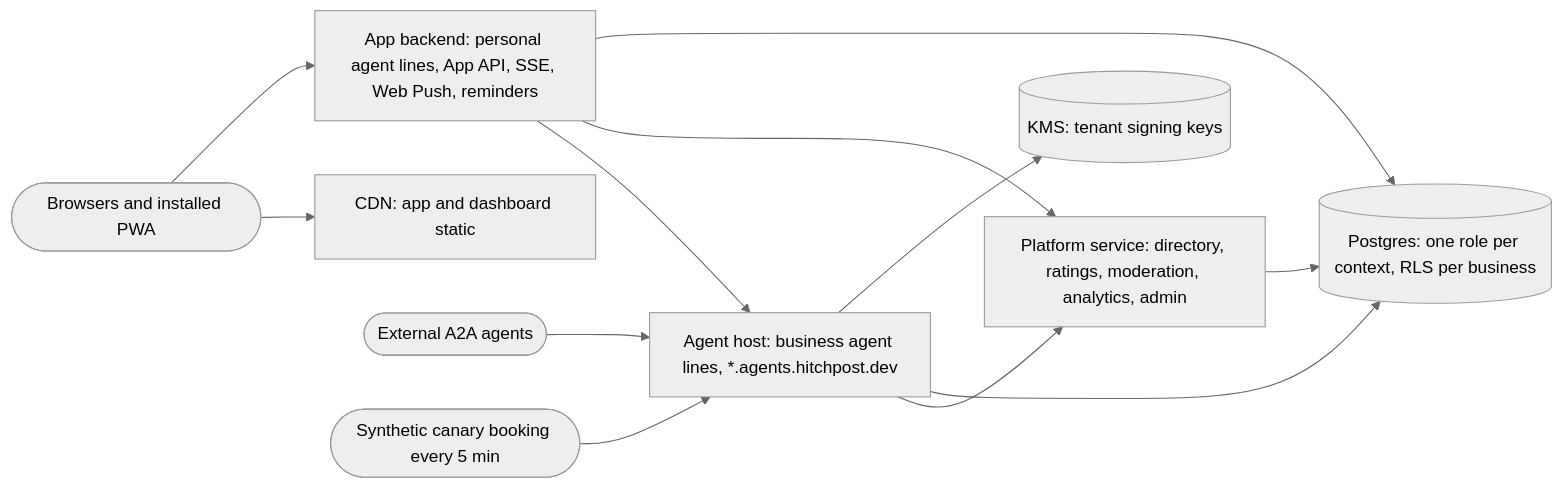
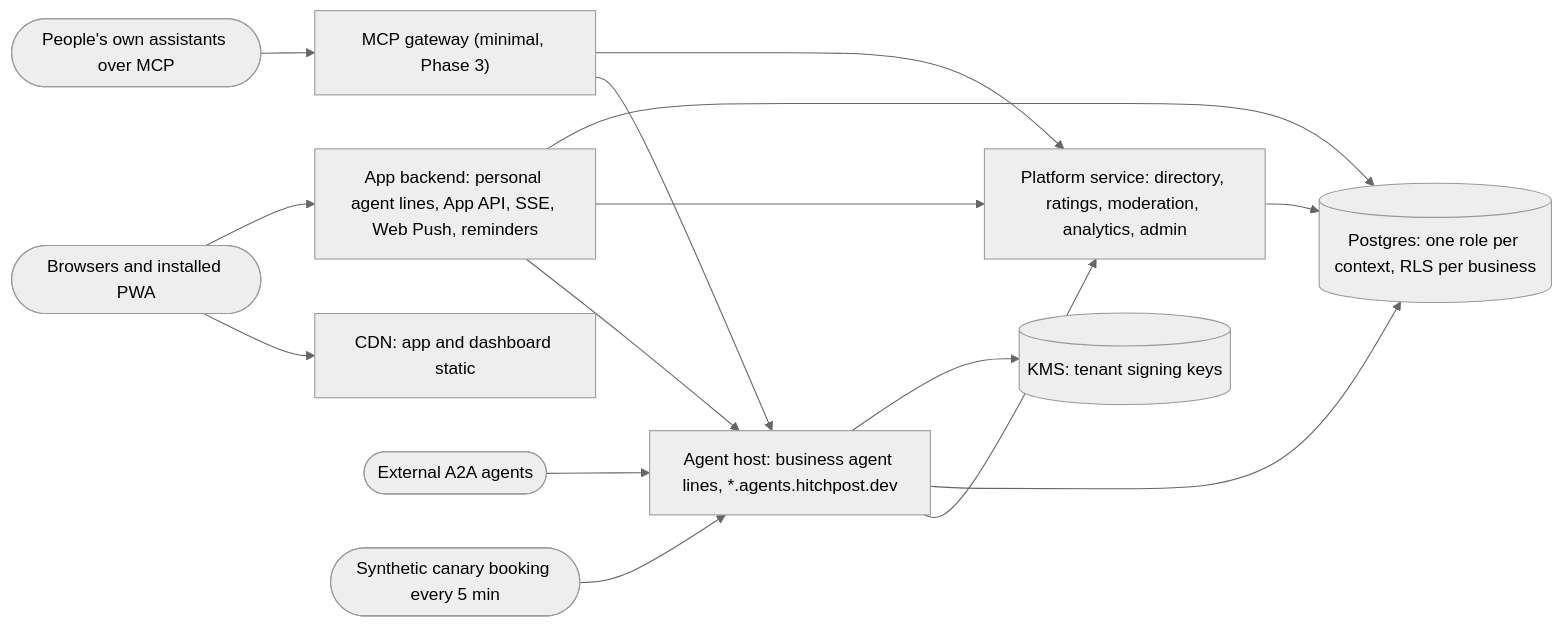
One commit to Jannisar01/hitchpost changed the eighth of 8 diagrams in docs/sad/10-architecture.md. Above: the diagram before and after it, drawn with Mermaid (neutral theme). The commit also changed other lines of this file and 39 other files, not shown here.

````diff
--- a/docs/sad/10-architecture.md
+++ b/docs/sad/10-architecture.md
@@ -294,14 +301,17 @@
 ```mermaid
 flowchart LR
   user([Browsers and installed PWA]) --> cdn[CDN: app and dashboard static]
   user --> appbe["App backend: personal agent lines, App API, SSE, Web Push, reminders"]
+  asst([People's own assistants over MCP]) --> mcpd["MCP gateway (minimal, Phase 3)"]
+  mcpd --> host
+  mcpd --> plat
   ext([External A2A agents]) --> host["Agent host: business agent lines, *.agents.hitchpost.dev"]
   appbe --> host
   appbe --> plat["Platform service: directory, ratings, moderation, analytics, admin"]
   host --> plat
   appbe --> pg[(Postgres: one role per context, RLS per business)]
   host --> pg
   plat --> pg
   host --> kms[(KMS: tenant signing keys)]
   canary([Synthetic canary booking every 5 min]) --> host
 ```
````
